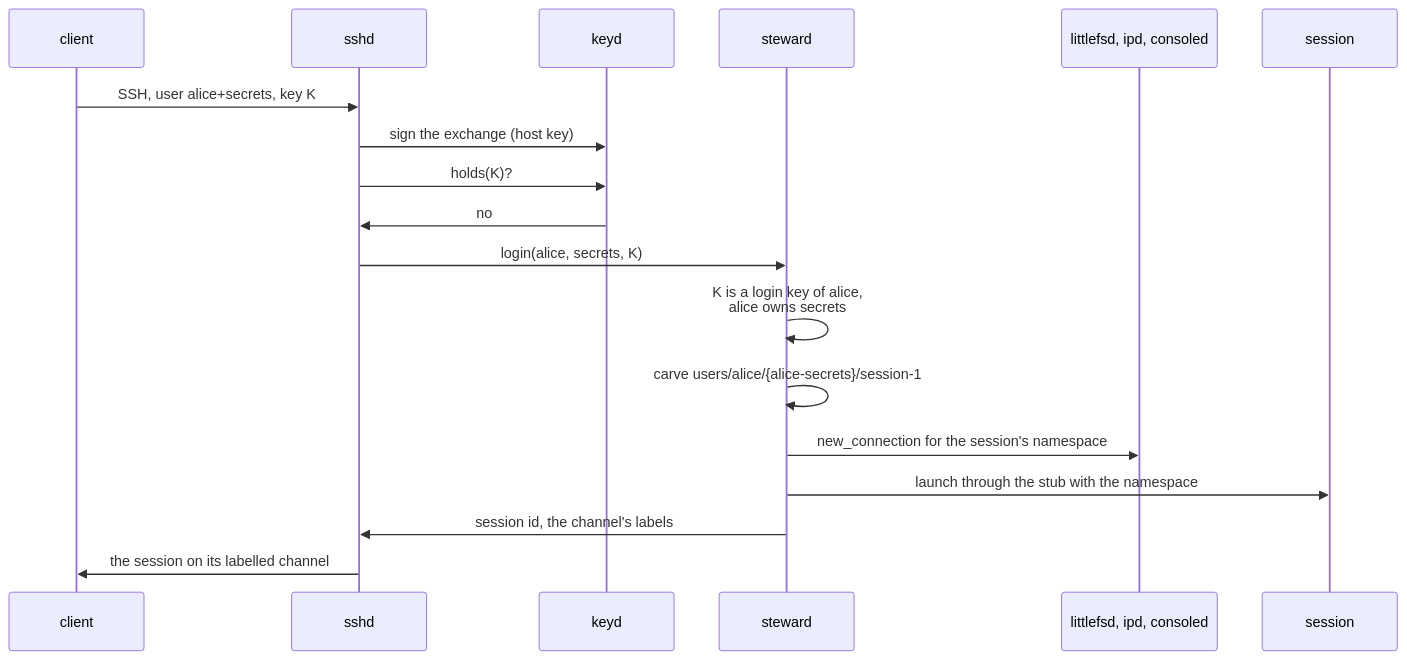
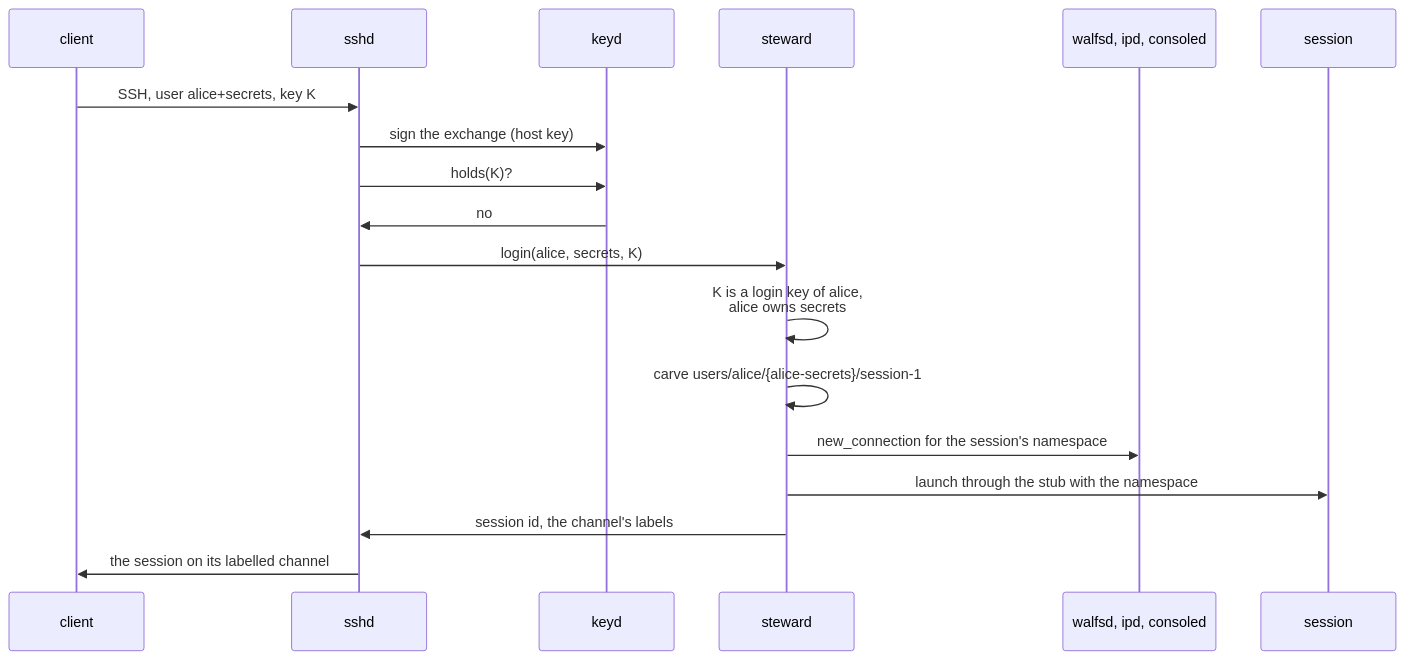
Before and after one commit to sirmick/redoubt: the first of 3 diagrams in docs/servers/steward.md, drawn with Mermaid. The commit also changed other lines of this file and 18 other files, not shown here.

````diff
--- a/docs/servers/steward.md
+++ b/docs/servers/steward.md
@@ -473,20 +473,20 @@
 ```mermaid
 sequenceDiagram
     participant C as client
     participant SH as sshd
     participant KD as keyd
     participant ST as steward
-    participant F as littlefsd, ipd, consoled
+    participant F as walfsd, ipd, consoled
     participant S as session
     C->>SH: SSH, user alice+secrets, key K
     SH->>KD: sign the exchange (host key)
     SH->>KD: holds(K)?
     KD->>SH: no
     SH->>ST: login(alice, secrets, K)
     ST->>ST: K is a login key of alice,<br/>alice owns secrets
     ST->>ST: carve users/alice/{alice-secrets}/session-1
     ST->>F: new_connection for the session's namespace
     ST->>S: launch through the stub with the namespace
     ST->>SH: session id, the channel's labels
     SH->>C: the session on its labelled channel
 ```
````
